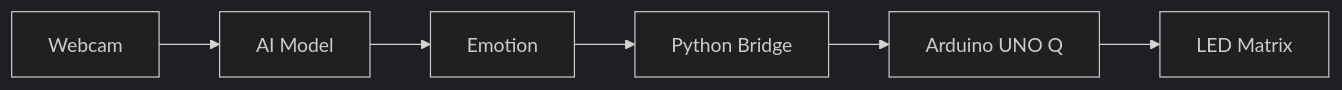
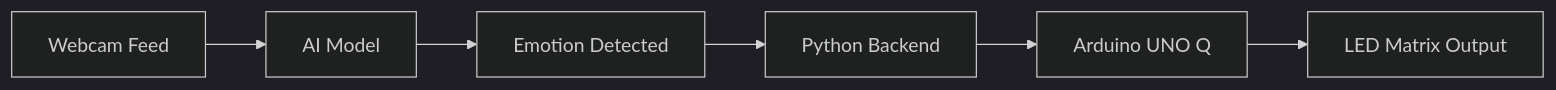
The diagram in README.md (jsarmientor/emotions-arduino-q), drawn with Mermaid (dark theme) before and after one commit. The commit also changed other lines of this file and 1 other file, not shown here.

Commit message:
Revert: Restored initial visual style and repositioned architecture section

````diff
--- a/README.md
+++ b/README.md
@@ -41,8 +17,8 @@
 ```mermaid
 graph LR
-    A[Webcam] --> B[AI Model]
-    B --> C[Emotion]
-    C --> D[Python Bridge]
+    A[Webcam Feed] --> B[AI Model]
+    B --> C[Emotion Detected]
+    C --> D[Python Backend]
     D --> E[Arduino UNO Q]
-    E --> F[LED Matrix]
+    E --> F[LED Matrix Output]
 ```
````
